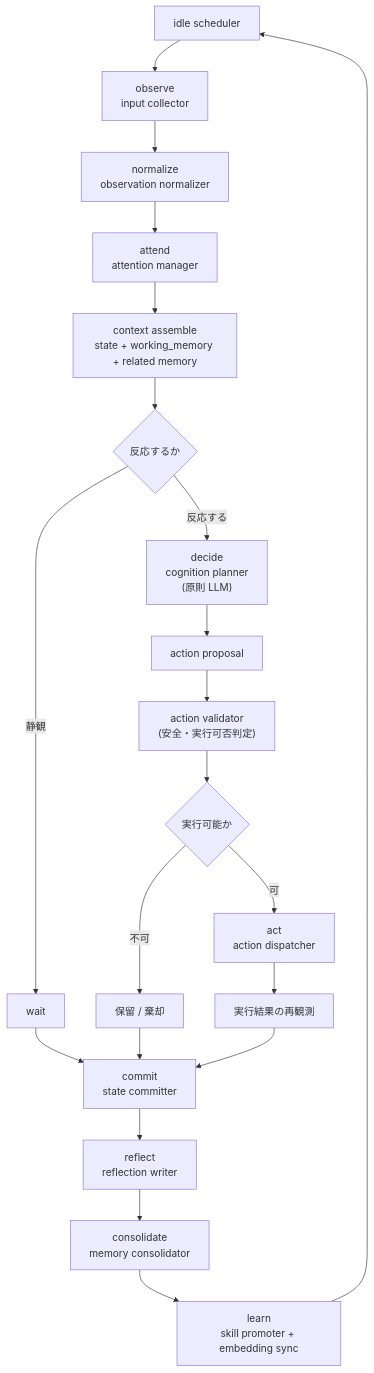
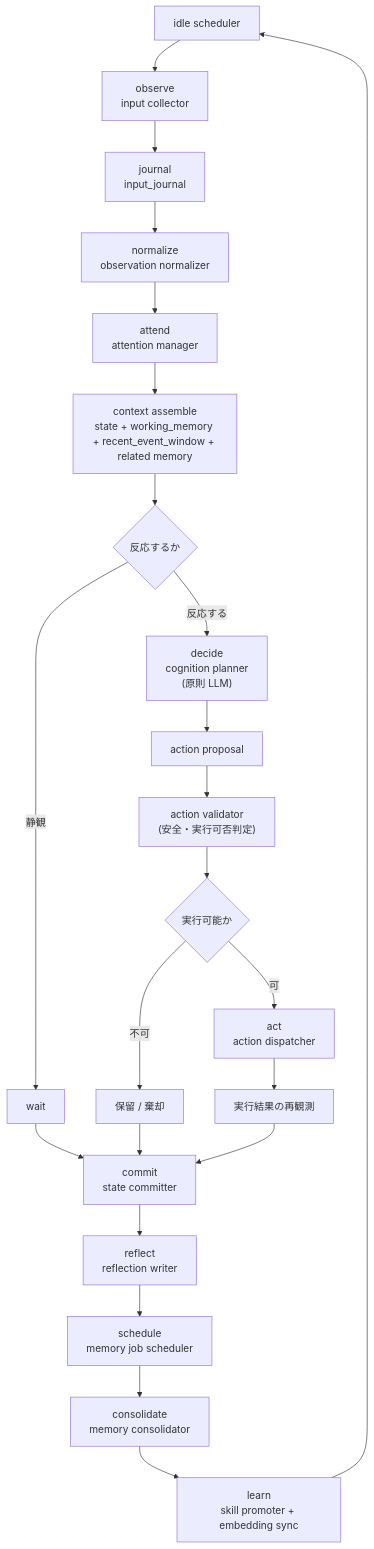
The second of 2 diagrams in docs/30_design_breakdown.md (hirona98/OtomeKairo), drawn with Mermaid before and after one commit. The commit also changed other lines of this file and 6 other files, not shown here.

````diff
--- a/docs/30_design_breakdown.md
+++ b/docs/30_design_breakdown.md
@@ -107,23 +114,25 @@
 ```mermaid
 flowchart TD
     idle["idle scheduler"] --> observe["observe\ninput collector"]
-    observe --> normalize["normalize\nobservation normalizer"]
+    observe --> journal["journal\ninput_journal"]
+    journal --> normalize["normalize\nobservation normalizer"]
     normalize --> attend["attend\nattention manager"]
-    attend --> context["context assemble\nstate + working_memory + related memory"]
+    attend --> context["context assemble\nstate + working_memory + recent_event_window + related memory"]
     context --> decide{"反応するか"}
     decide -- "静観" --> wait["wait"]
     wait --> commit["commit\nstate committer"]
     decide -- "反応する" --> cognition["decide\ncognition planner\n(原則 LLM)"]
     cognition --> proposal["action proposal"]
     proposal --> validate["action validator\n(安全・実行可否判定)"]
     validate --> executable{"実行可能か"}
     executable -- "不可" --> hold["保留 / 棄却"]
     hold --> commit
     executable -- "可" --> act["act\naction dispatcher"]
     act --> reobserve["実行結果の再観測"]
     reobserve --> commit
     commit --> reflect["reflect\nreflection writer"]
-    reflect --> consolidate["consolidate\nmemory consolidator"]
+    reflect --> schedule["schedule\nmemory job scheduler"]
+    schedule --> consolidate["consolidate\nmemory consolidator"]
     consolidate --> learn["learn\nskill promoter + embedding sync"]
     learn --> idle
 ```
````
